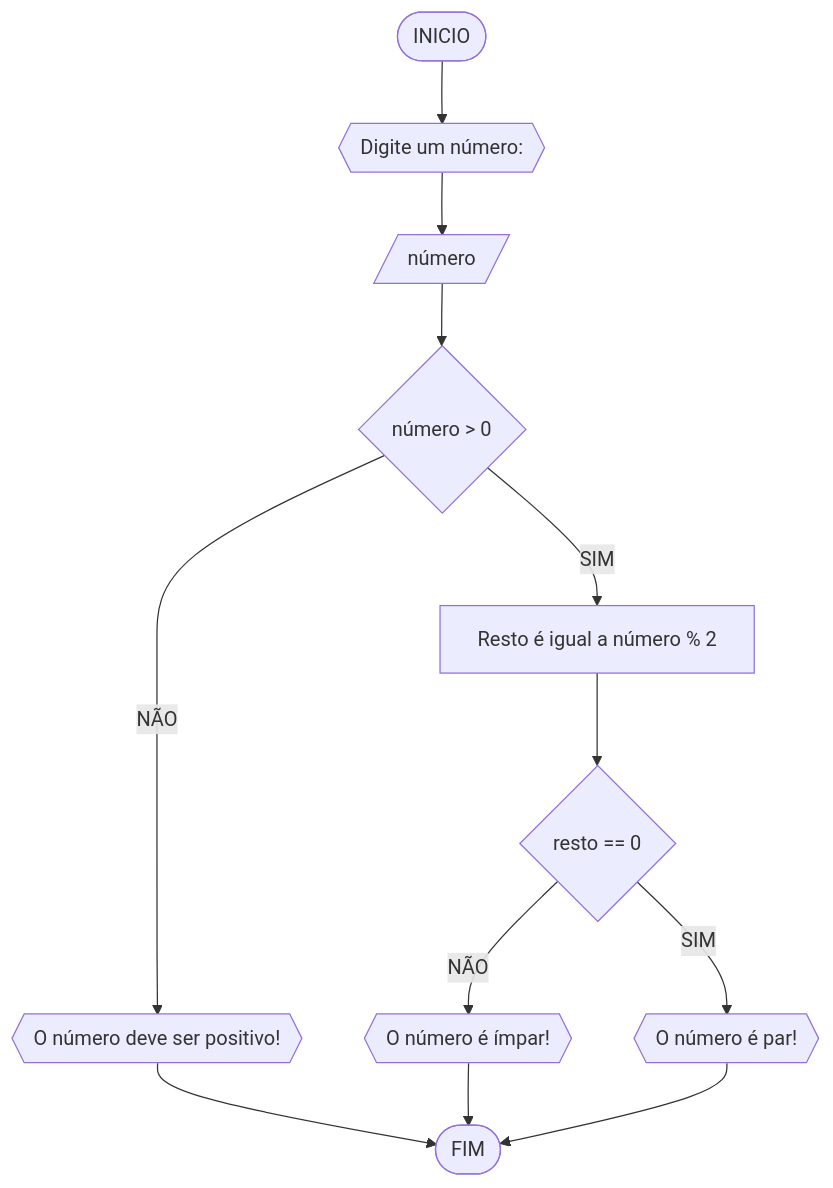
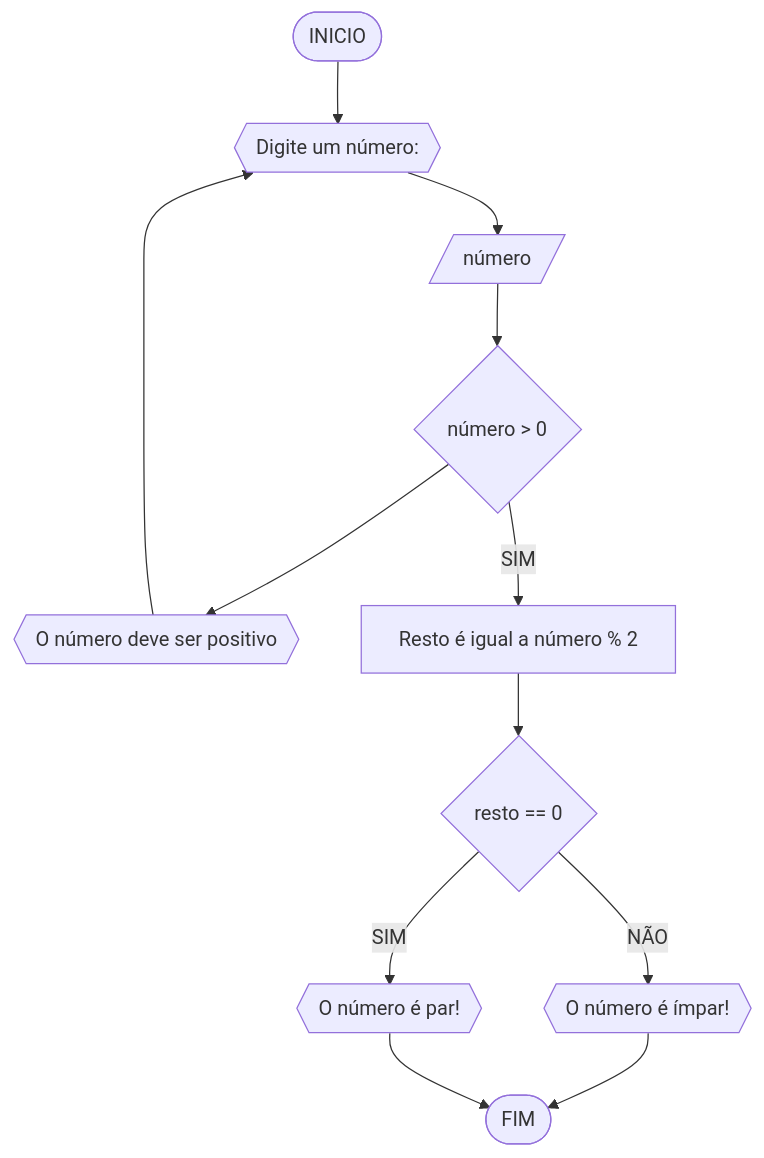
Before and after one commit to davimoura085/unifor: the diagram in RLA/lista1_exercicios.md, drawn with Mermaid. The commit also changed other lines of this file, not shown here.

````diff
--- a/RLA/lista1_exercicios.md
+++ b/RLA/lista1_exercicios.md
@@ -2,16 +2,16 @@
 ``` mermaid 
 flowchart TD
 A([INICIO])  --> B{{Digite um número:}}
 B --> C[/número/]
 C --> D{número > 0}
-D --NÃO--> E{{O número deve ser positivo!}}
-E --> J
+D --> E{{O número deve ser positivo}}
+E --> B
 D--SIM-->F[Resto é igual a número % 2]
 F --> G{resto == 0}
 G --NÃO--> H{{O número é ímpar!}}
 G --SIM--> I{{O número é par!}}
 H-->J([FIM])
 I-->J
 
 
 ``` 
````
